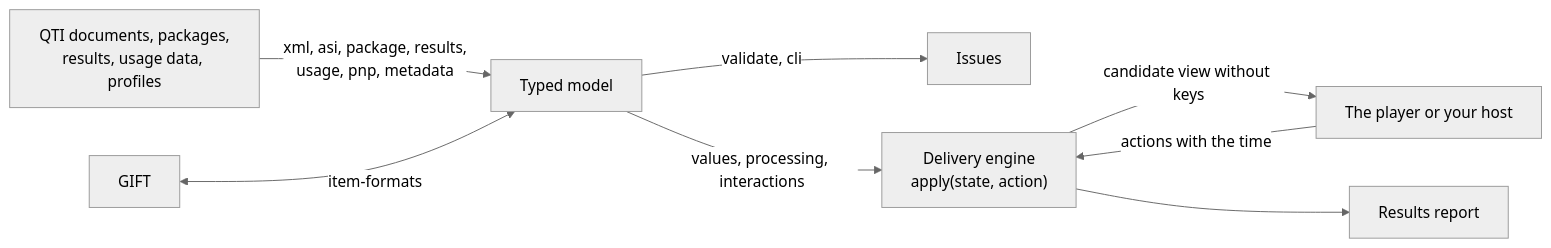
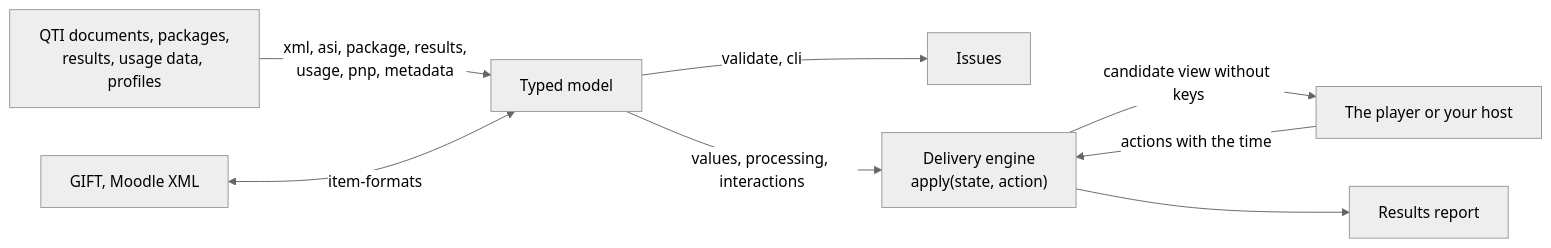
One commit to assesskit/assesskit changed the diagram in packages/runtime/README.md. Above: the diagram before and after it, drawn with Mermaid (neutral theme). The commit also changed other lines of this file and 31 other files, not shown here.

````diff
--- a/packages/runtime/README.md
+++ b/packages/runtime/README.md
@@ -10,10 +10,10 @@
 ```mermaid
 flowchart LR
   documents["QTI documents, packages,<br/>results, usage data, profiles"] -->|"xml, asi, package, results,<br/>usage, pnp, metadata"| model["Typed model"]
-  formats["GIFT"] <-->|"item-formats"| model
+  formats["GIFT, Moodle XML"] <-->|"item-formats"| model
   model -->|"validate, cli"| issues["Issues"]
   model -->|"values, processing, interactions"| engine["Delivery engine<br/>apply(state, action)"]
   engine -->|"candidate view without keys"| host["The player or your host"]
   host -->|"actions with the time"| engine
   engine --> report["Results report"]
 ```
````
